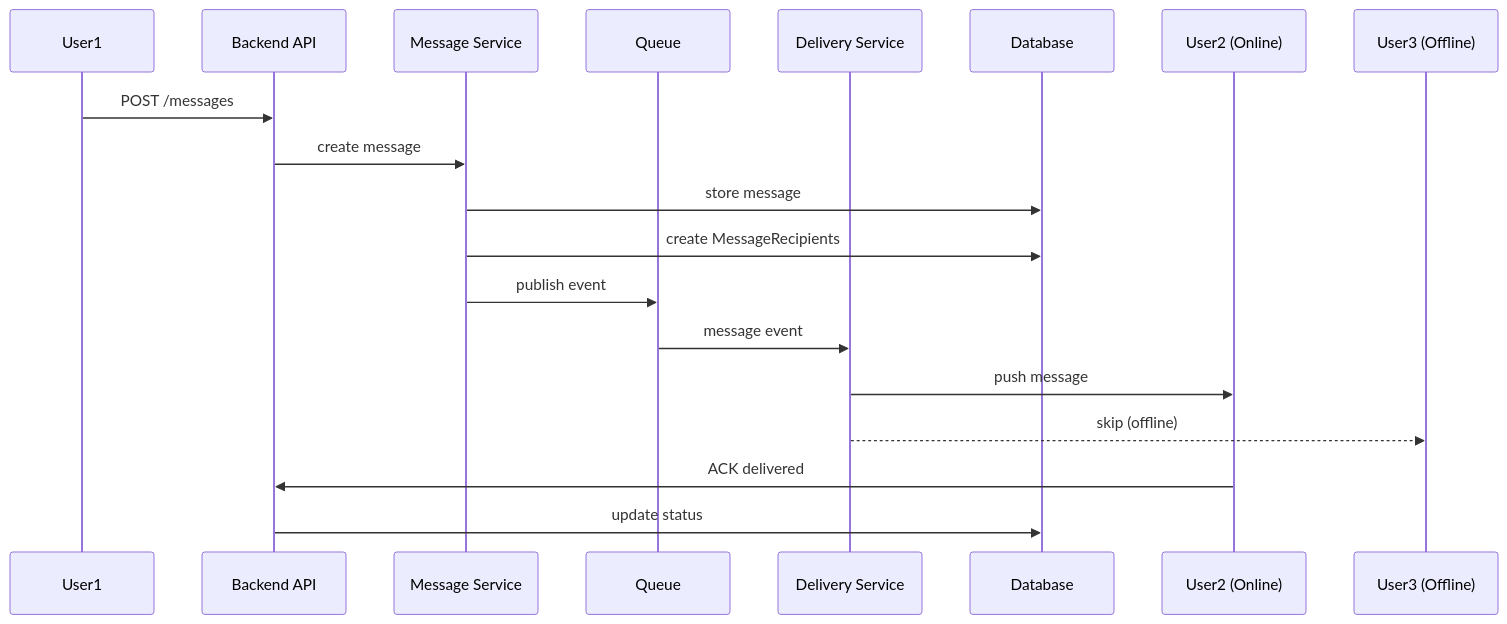
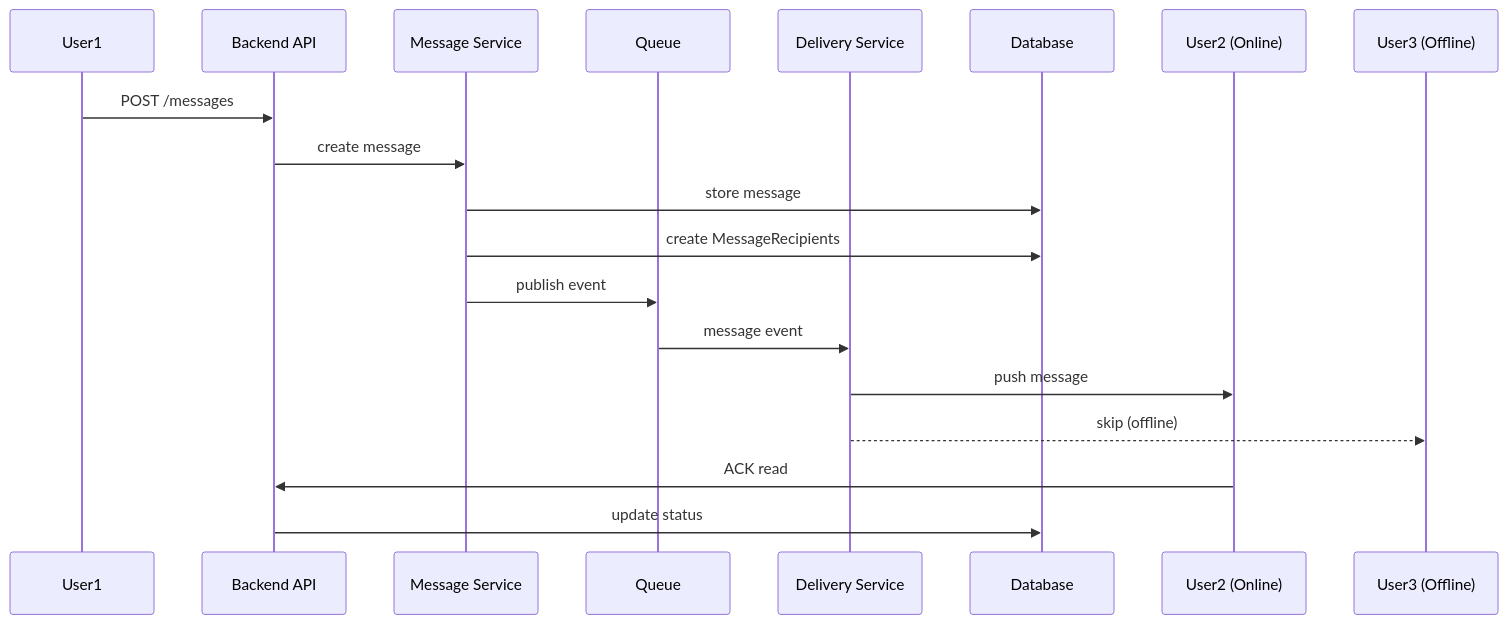
Before and after one commit to HoatzinDev/Messenger-Maks1: the second of 4 diagrams in Messenger-Maks1  /doc.md, drawn with Mermaid. The commit also changed other lines of this file, not shown here.

````diff
--- a/Messenger-Maks1  /doc.md
+++ b/Messenger-Maks1  /doc.md
@@ -126,26 +126,26 @@
 ```mermaid
 sequenceDiagram
 
 participant U1 as User1
 participant API as Backend API
 participant MS as Message Service
 participant Q as Queue
 participant D as Delivery Service
 participant DB as Database
 participant U2 as User2 (Online)
 participant U3 as User3 (Offline)
 
 U1->>API: POST /messages
 API->>MS: create message
 MS->>DB: store message
 MS->>DB: create MessageRecipients
 MS->>Q: publish event
 
 Q->>D: message event
 D->>U2: push message
 D-->>U3: skip (offline)
 
-U2->>API: ACK delivered
+U2->>API: ACK read
 API->>DB: update status
 
 ```
````
